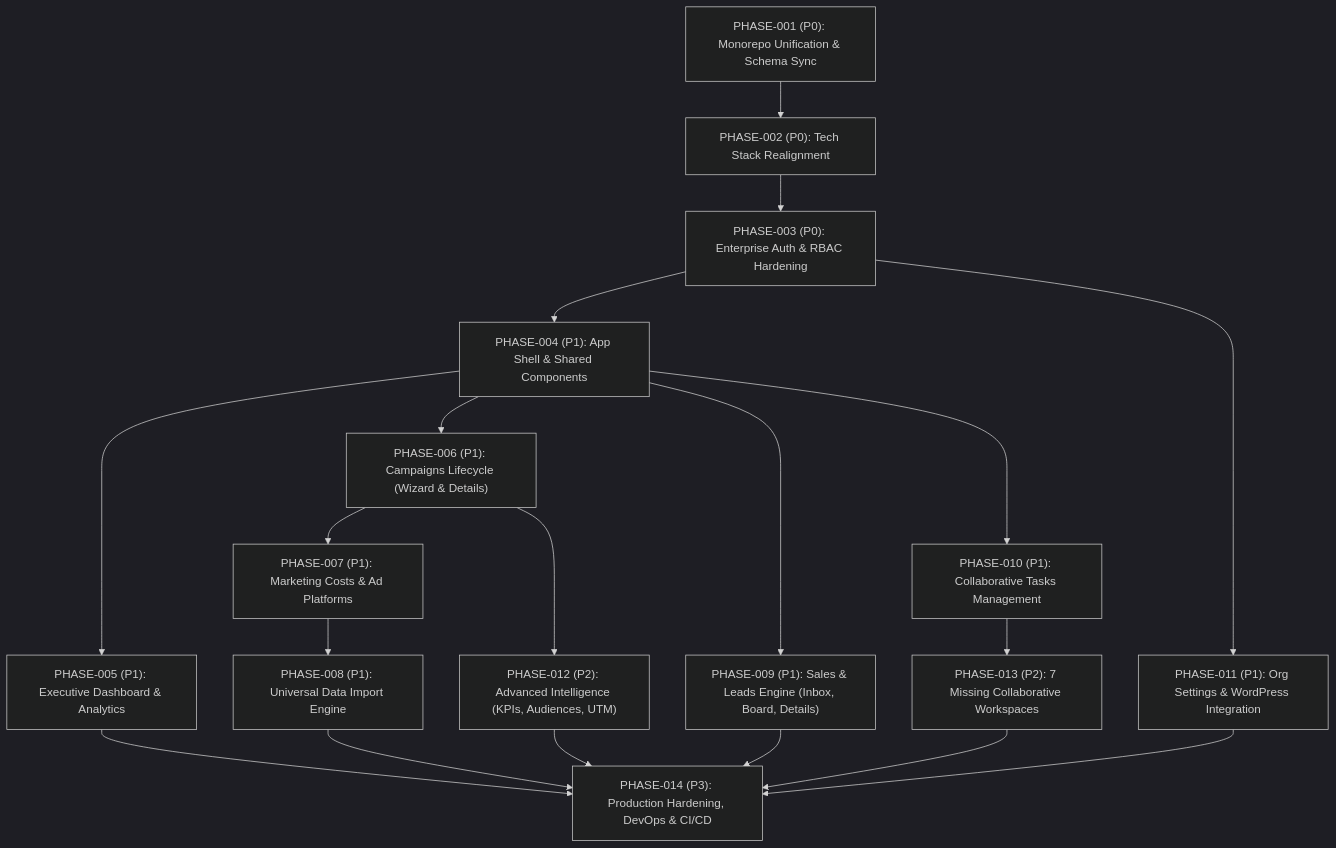
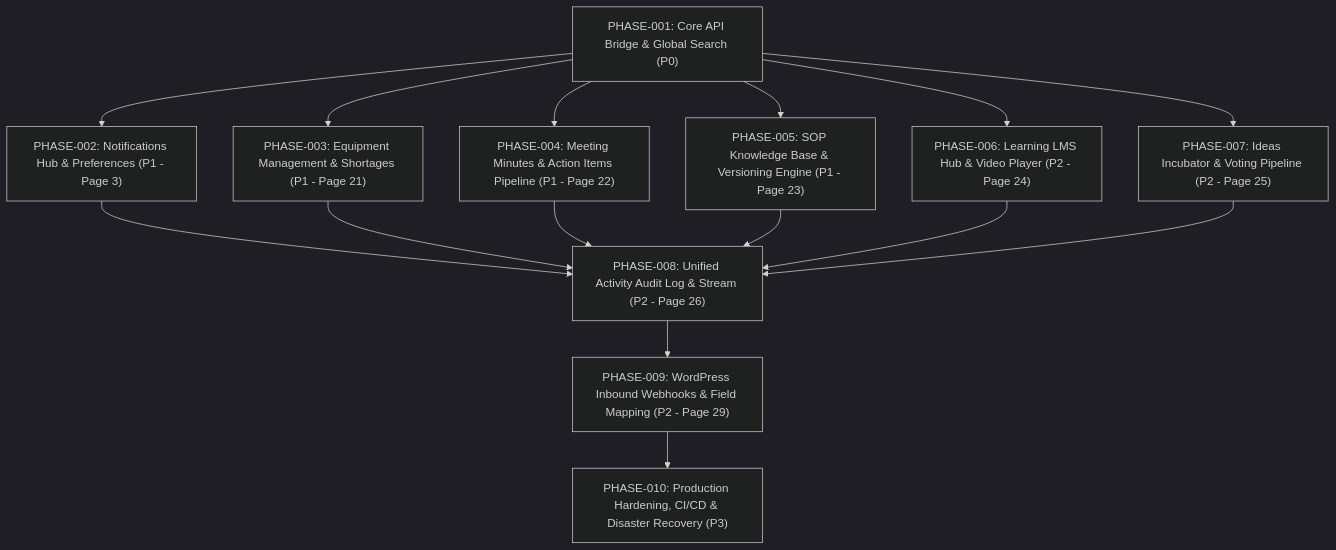
One commit to sajads4beri/gapji-digital-marketing-dashboard changed the diagram in docs/project-audit/hybrid/10_MASTER_COMPLETION_ROADMAP.md. Above: the diagram before and after it, drawn with Mermaid (dark theme). The commit also changed other lines of this file and 221 other files, not shown here.

Commit message:
feat: complete sales funnel OKR, glassmorphism, rounded trapezoids, unified API proxy and production deployment configs

````diff
--- a/docs/project-audit/hybrid/10_MASTER_COMPLETION_ROADMAP.md
+++ b/docs/project-audit/hybrid/10_MASTER_COMPLETION_ROADMAP.md
@@ -10,21 +10,23 @@
 ```mermaid
 flowchart TD
-    P1["PHASE-001 (P0): Monorepo Unification & Schema Sync"] --> P2["PHASE-002 (P0): Tech Stack Realignment"]
-    P2 --> P3["PHASE-003 (P0): Enterprise Auth & RBAC Hardening"]
-    P3 --> P4["PHASE-004 (P1): App Shell & Shared Components"]
-    
-    P4 --> P5["PHASE-005 (P1): Executive Dashboard & Analytics"]
-    P4 --> P6["PHASE-006 (P1): Campaigns Lifecycle (Wizard & Details)"]
-    P4 --> P9["PHASE-009 (P1): Sales & Leads Engine (Inbox, Board, Details)"]
-    P4 --> P10["PHASE-010 (P1): Collaborative Tasks Management"]
-    
-    P6 --> P7["PHASE-007 (P1): Marketing Costs & Ad Platforms"]
-    P6 --> P12["PHASE-012 (P2): Advanced Intelligence (KPIs, Audiences, UTM)"]
-    
-    P7 --> P8["PHASE-008 (P1): Universal Data Import Engine"]
-    
-    P3 --> P11["PHASE-011 (P1): Org Settings & WordPress Integration"]
-    P10 --> P13["PHASE-013 (P2): 7 Missing Collaborative Workspaces"]
-    
-    P5 & P8 & P9 & P11 & P12 & P13 --> P14["PHASE-014 (P3): Production Hardening, DevOps & CI/CD"]
+    P1["PHASE-001: Core API Bridge & Global Search (P0)"]
+    P2["PHASE-002: Notifications Hub & Preferences (P1 - Page 3)"]
+    P3["PHASE-003: Equipment Management & Shortages (P1 - Page 21)"]
+    P4["PHASE-004: Meeting Minutes & Action Items Pipeline (P1 - Page 22)"]
+    P5["PHASE-005: SOP Knowledge Base & Versioning Engine (P1 - Page 23)"]
+    P6["PHASE-006: Learning LMS Hub & Video Player (P2 - Page 24)"]
+    P7["PHASE-007: Ideas Incubator & Voting Pipeline (P2 - Page 25)"]
+    P8["PHASE-008: Unified Activity Audit Log & Stream (P2 - Page 26)"]
+    P9["PHASE-009: WordPress Inbound Webhooks & Field Mapping (P2 - Page 29)"]
+    P10["PHASE-010: Production Hardening, CI/CD & Disaster Recovery (P3)"]
+
+    P1 --> P2
+    P1 --> P3
+    P1 --> P4
+    P1 --> P5
+    P1 --> P6
+    P1 --> P7
+    P2 & P3 & P4 & P5 & P6 & P7 --> P8
+    P8 --> P9
+    P9 --> P10
 ```
````
